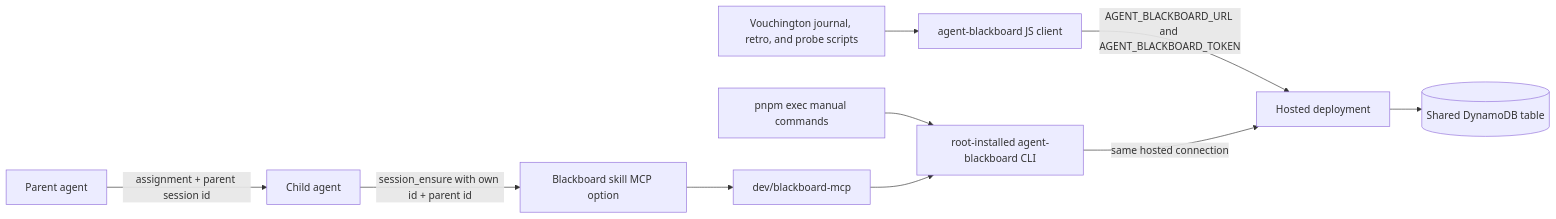
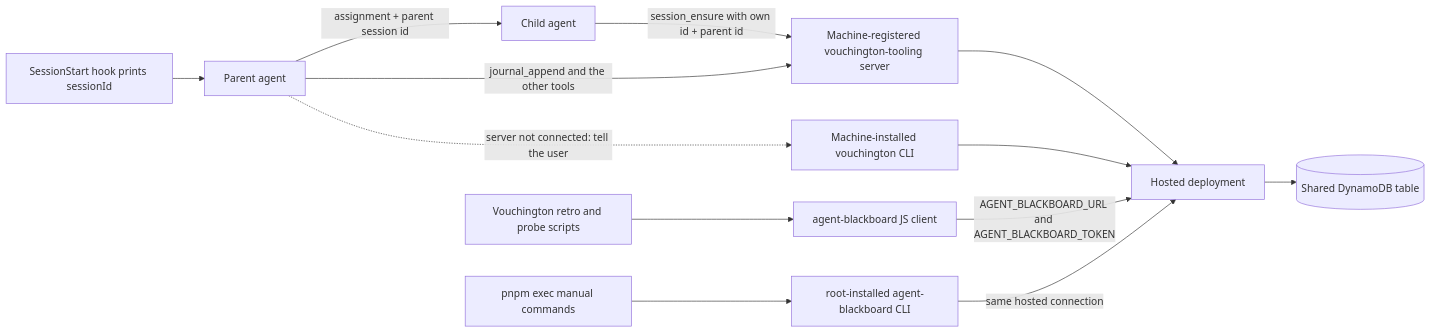
One commit to vouchington/vouchington changed the diagram in docs/development/agent-blackboard.md. Above: the diagram before and after it, drawn with Mermaid. The commit also changed other lines of this file and 54 other files, not shown here.

First line of the commit message:
feat(agents): journal through the machine-registered vouchington-tooling server

````diff
--- a/docs/development/agent-blackboard.md
+++ b/docs/development/agent-blackboard.md
@@ -26,12 +28,15 @@
 ```mermaid
 flowchart LR
   parent[Parent agent] -->|assignment + parent session id| child[Child agent]
-  child -->|session_ensure with own id + parent id| journalMcp
-  scripts[Vouchington journal, retro, and probe scripts] --> js[agent-blackboard JS client]
-  journalMcp[Blackboard skill MCP option] --> mcp[dev/blackboard-mcp]
+  child -->|session_ensure with own id + parent id| mcp
+  hook[SessionStart hook prints sessionId] --> parent
+  parent -->|journal_append and the other tools| mcp[Machine-registered vouchington-tooling server]
+  parent -.->|server not connected: tell the user| fallback[Machine-installed vouchington CLI]
+  scripts[Vouchington retro and probe scripts] --> js[agent-blackboard JS client]
   manual[pnpm exec manual commands] --> cli[root-installed agent-blackboard CLI]
-  mcp --> cli
-  js -->|AGENT_BLACKBOARD_URL and AGENT_BLACKBOARD_TOKEN| lambda[Hosted deployment]
+  mcp --> lambda[Hosted deployment]
+  fallback --> lambda
+  js -->|AGENT_BLACKBOARD_URL and AGENT_BLACKBOARD_TOKEN| lambda
   cli -->|same hosted connection| lambda
   lambda --> table[(Shared DynamoDB table)]
 ```
````
